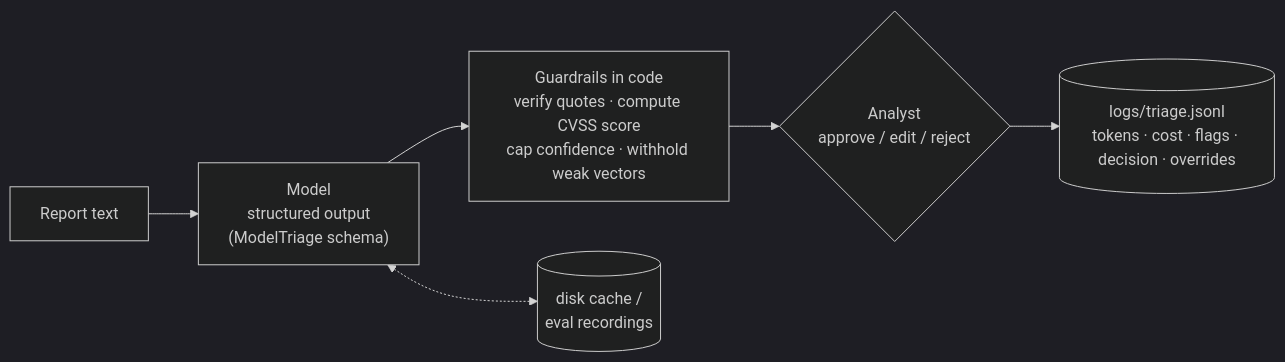
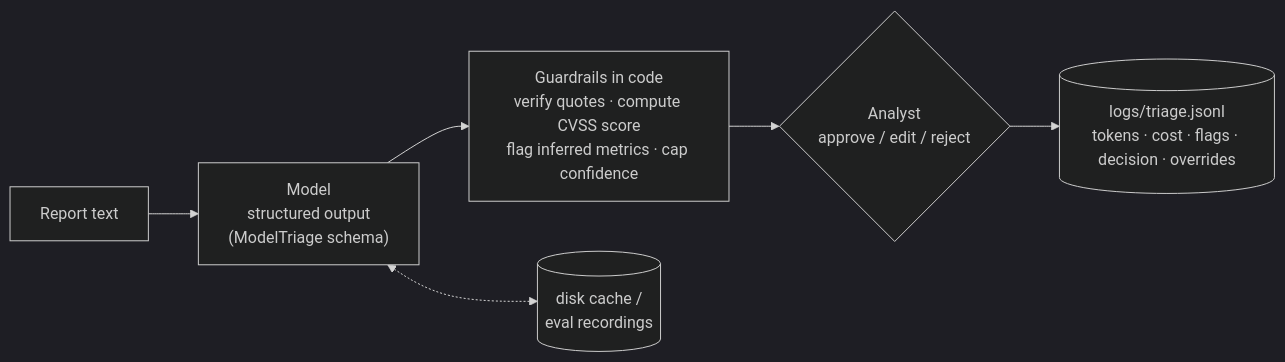
The diagram in README.md (LorenzoAPB/vuln-triage), drawn with Mermaid (dark theme) before and after one commit. The commit also changed other lines of this file, not shown here.

````diff
--- a/README.md
+++ b/README.md
@@ -19,8 +13,8 @@
 ```mermaid
 flowchart LR
     R[Report text] --> M["Model<br/>structured output<br/>(ModelTriage schema)"]
-    M --> G["Guardrails in code<br/>verify quotes · compute CVSS score<br/>cap confidence · withhold weak vectors"]
+    M --> G["Guardrails in code<br/>verify quotes · compute CVSS score<br/>flag inferred metrics · cap confidence"]
     G --> H{"Analyst<br/>approve / edit / reject"}
     H --> L[("logs/triage.jsonl<br/>tokens · cost · flags · decision · overrides")]
     M <-.-> C[("disk cache /<br/>eval recordings")]
 ```
````
